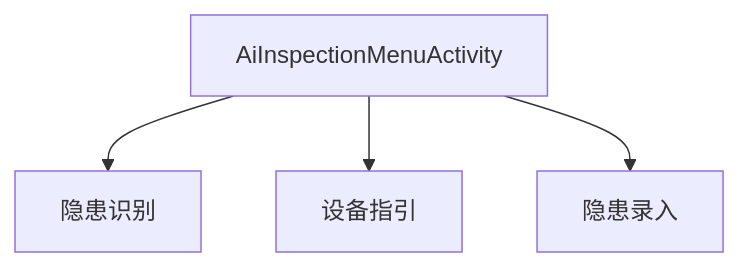
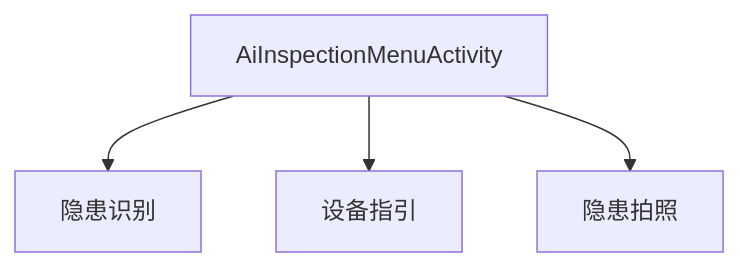
Before and after one commit to WuChaoli/HiddenRiskGlass: the diagram in docs/总体旅程图/主菜单旅程图.md, drawn with Mermaid. The commit also changed 34 other files, not shown here.

````diff
--- a/docs/总体旅程图/主菜单旅程图.md
+++ b/docs/总体旅程图/主菜单旅程图.md
@@ -7,6 +7,6 @@
 ```mermaid
 flowchart TD
     A["AiInspectionMenuActivity"] --> B["隐患识别"]
     A --> C["设备指引"]
-    A --> D["隐患录入"]
+    A --> D["隐患拍照"]
 ```
````
